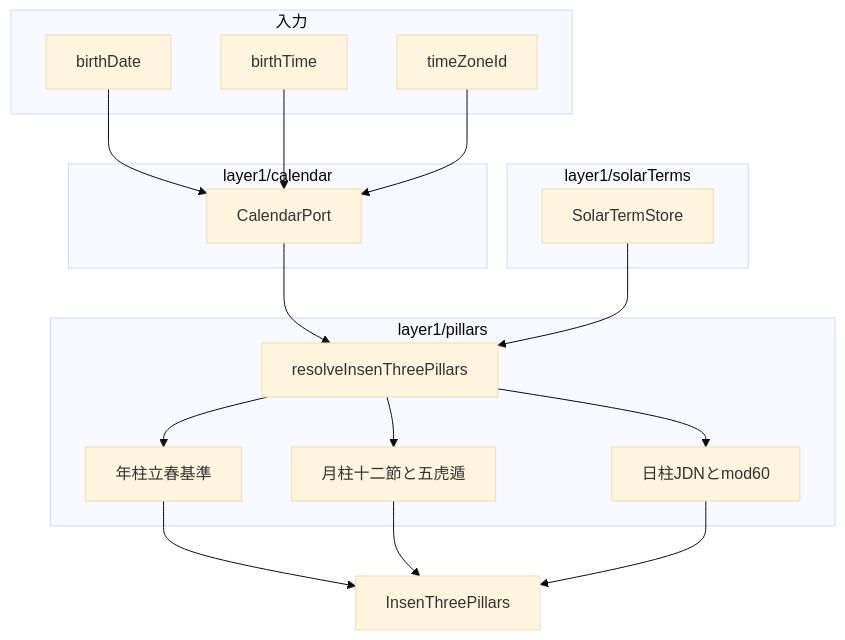
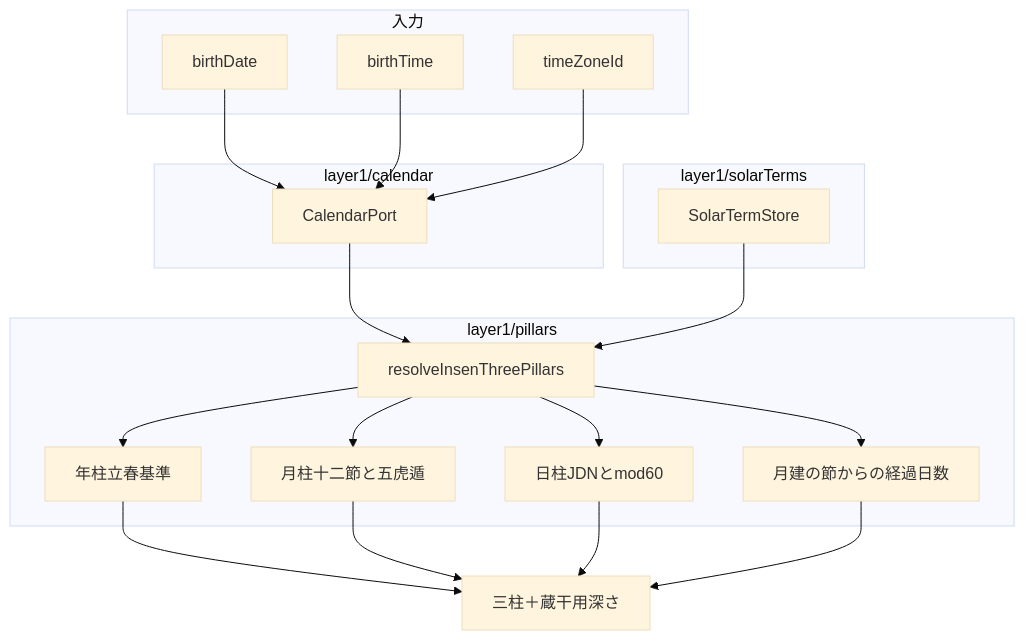
One commit to DukeGomadango/sanmei-core changed the third of 6 diagrams in Docs/IMPLEMENTATION.md. Above: the diagram before and after it, drawn with Mermaid (base theme). The commit also changed other lines of this file and 6 other files, not shown here.

````diff
--- a/Docs/IMPLEMENTATION.md
+++ b/Docs/IMPLEMENTATION.md
@@ -70,31 +70,34 @@
 ```mermaid
 flowchart TB
   subgraph inP [入力]
     birthDate[birthDate]
     birthTime[birthTime]
     timeZoneId[timeZoneId]
   end
   subgraph cal [layer1/calendar]
     port[CalendarPort]
   end
   subgraph sol [layer1/solarTerms]
     st[SolarTermStore]
   end
   subgraph pil [layer1/pillars]
     r[resolveInsenThreePillars]
     y[年柱立春基準]
     m[月柱十二節と五虎遁]
     d[日柱JDNとmod60]
+    depth[月建の節からの経過日数]
   end
   birthDate --> port
   birthTime --> port
   timeZoneId --> port
   port --> r
   st --> r
   r --> y
   r --> m
   r --> d
-  y --> out[InsenThreePillars]
+  r --> depth
+  y --> out[三柱＋蔵干用深さ]
   m --> out
   d --> out
+  depth --> out
 ```
````
